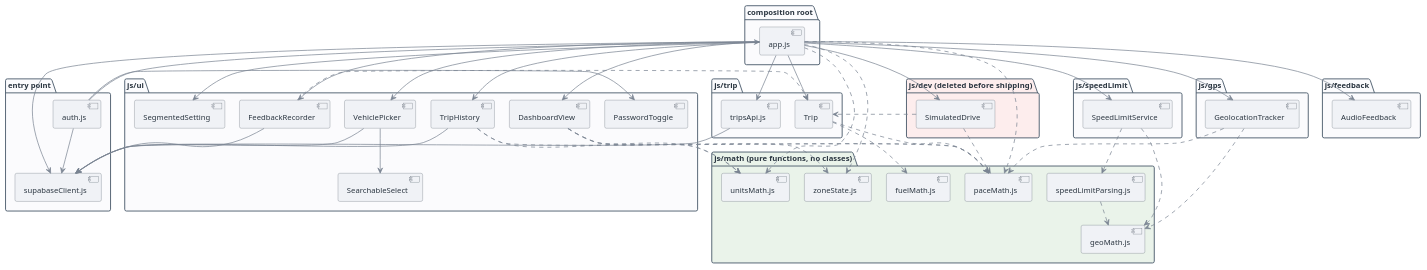
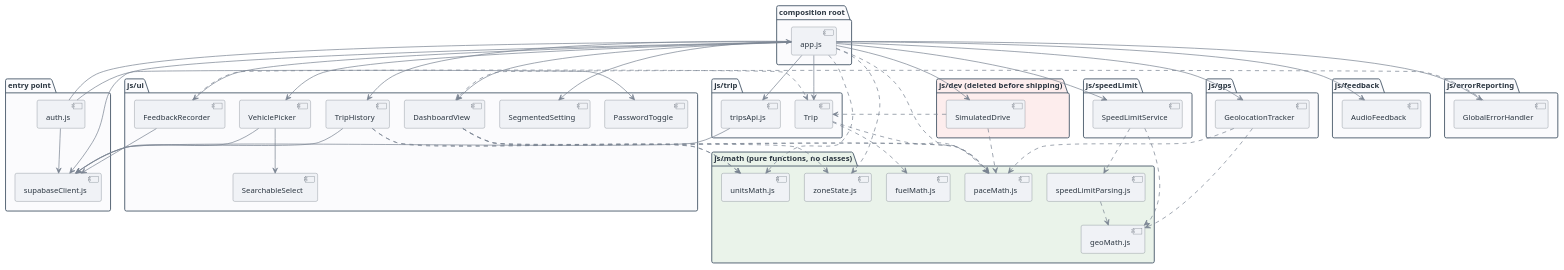
The diagram in docs/diagrams/package-diagram.puml (ysfrknzydn/paceometer-app), drawn with PlantUML before and after one commit. The commit also changed 25 other files, not shown here.

```diff
--- a/docs/diagrams/package-diagram.puml
+++ b/docs/diagrams/package-diagram.puml
@@ -1,115 +1,121 @@
 @startuml
 skinparam shadowing false
 skinparam roundCorner 6
 skinparam defaultFontName Helvetica
 skinparam defaultFontSize 13
 skinparam nodesep 25
 skinparam ranksep 40
 
 skinparam package {
   BorderColor #445566
   FontStyle bold
   FontColor #2A3540
   BackgroundColor #FBFBFD
 }
 skinparam component {
   BorderColor #5B6470
   BackgroundColor #F0F2F6
   FontColor #2A3540
 }
 skinparam arrow {
   Color #7A8492
   Thickness 1.2
 }
 
 package "entry point" as entry {
   [auth.js] as auth
   [supabaseClient.js] as supa
 }
 
 package "composition root" as root {
   [app.js] as appjs
 }
 
 package "js/gps" as gpsPkg {
   [GeolocationTracker] as geoTracker
 }
 
 package "js/speedLimit" as slPkg {
   [SpeedLimitService] as sls
 }
 
 package "js/trip" as tripPkg {
   [Trip] as tripClass
   [tripsApi.js] as tripsApi
 }
 
 package "js/ui" as uiPkg {
   [DashboardView] as dashboardView
   [SegmentedSetting] as segmentedSetting
   [VehiclePicker] as vehiclePicker
   [SearchableSelect] as searchableSelect
   [PasswordToggle] as passwordToggle
   [TripHistory] as tripHistory
   [FeedbackRecorder] as feedbackRecorder
 }
 
 package "js/feedback" as fbPkg {
   [AudioFeedback] as audioFeedback
 }
 
 package "js/dev  (deleted before shipping)" as devPkg #FDEDED {
   [SimulatedDrive] as simulatedDrive
 }
 
+package "js/errorReporting" as errPkg {
+  [GlobalErrorHandler] as globalErrorHandler
+}
+
 package "js/math  (pure functions, no classes)" as mathPkg #EAF3EA {
   [paceMath.js] as paceMath
   [zoneState.js] as zoneState
   [geoMath.js] as geoMath
   [speedLimitParsing.js] as slParsing
   [fuelMath.js] as fuelMath
   [unitsMath.js] as unitsMath
 }
 
 auth --> appjs
 auth --> supa
 auth --> passwordToggle
 tripsApi --> supa
 vehiclePicker --> supa
 tripHistory --> supa
 feedbackRecorder --> supa
 
 appjs --> geoTracker
 appjs --> sls
 appjs --> tripClass
 appjs --> tripsApi
 appjs --> supa
 appjs --> dashboardView
 appjs --> segmentedSetting
 appjs --> vehiclePicker
 vehiclePicker --> searchableSelect
 appjs --> audioFeedback
 appjs --> simulatedDrive
 appjs --> tripHistory
 appjs --> feedbackRecorder
 feedbackRecorder ..> tripClass
+appjs --> globalErrorHandler
+globalErrorHandler ..> dashboardView
 appjs ..> paceMath
 appjs ..> zoneState
 
 geoTracker ..> geoMath
 geoTracker ..> paceMath
 sls ..> geoMath
 sls ..> slParsing
 slParsing ..> geoMath
 tripClass ..> paceMath
 tripClass ..> fuelMath
 dashboardView ..> zoneState
 dashboardView ..> paceMath
 simulatedDrive ..> paceMath
 simulatedDrive ..> tripClass
 tripHistory ..> paceMath
 dashboardView ..> unitsMath
 tripHistory ..> unitsMath
 appjs ..> unitsMath
 
 @enduml
```
